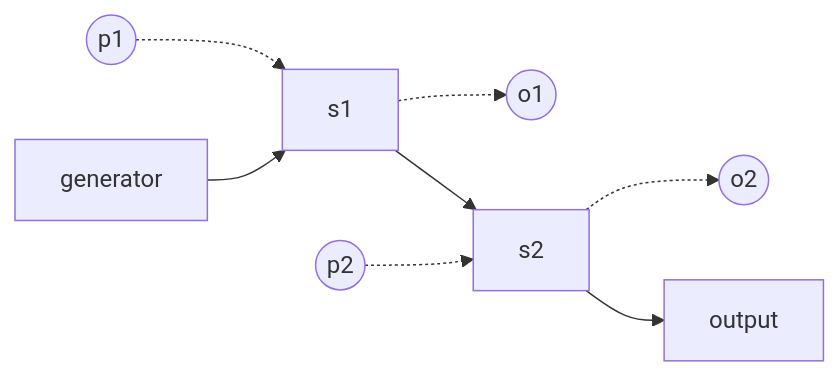
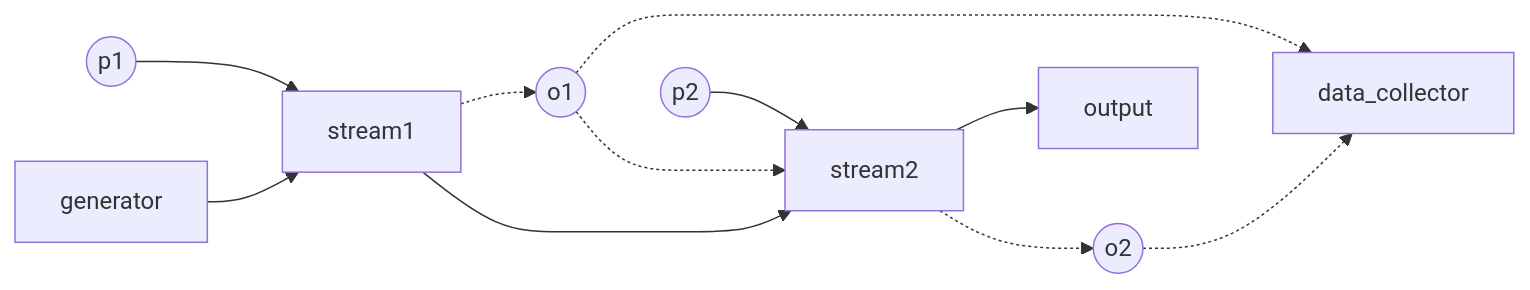
The diagram in README.md (e1732a364fed/ruci), drawn with Mermaid before and after one commit.

Commit message:
edit readme graph

````diff
--- a/README.md
+++ b/README.md
@@ -115,9 +115,13 @@
 ```mermaid
 graph LR
-
-p1((p1))-.->s1_node[s1]-.->o1node((o1))
-p2((p2))-.->s2_node[s2]-.->o2node((o2))
+p1((p1))-->s1_node[stream1]-.->o1node((o1))
+p2((p2))-->s2_node[stream2]-.->o2node((o2))
+o1node-..->s2_node
 generator-->s1_node-->s2_node-->output
 
+collector[data_collector]
+
+o1node-.->collector
+o2node-.->collector
 
 ```
````
